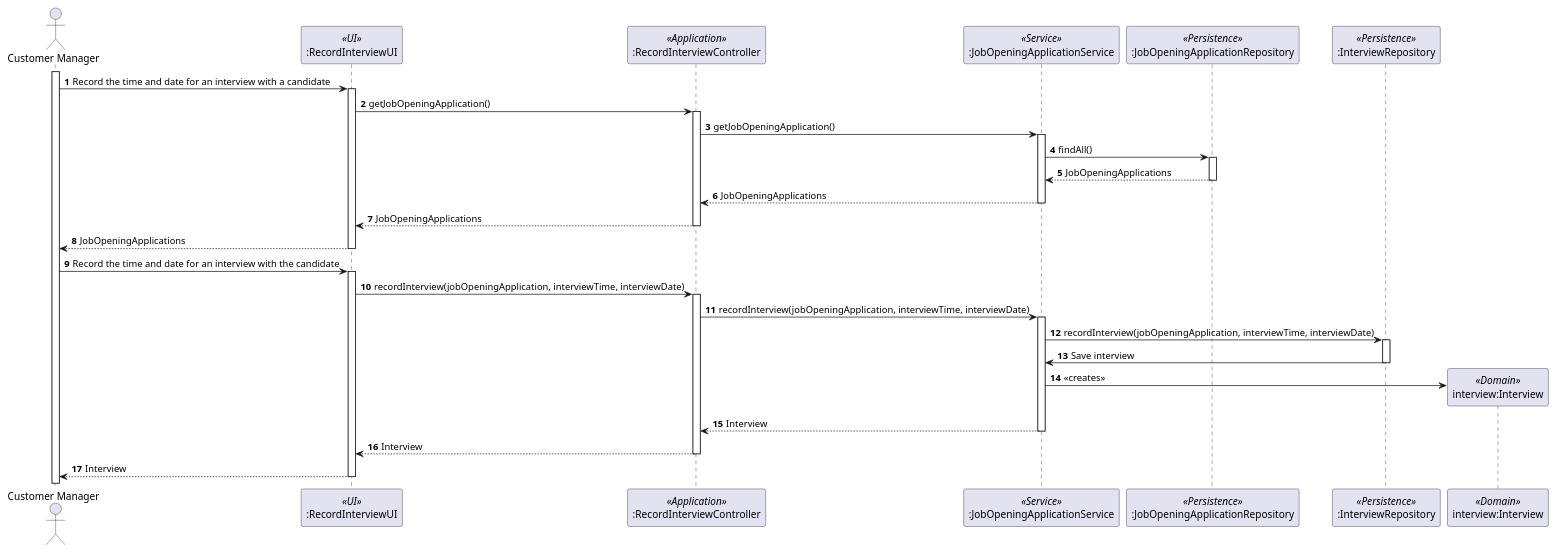
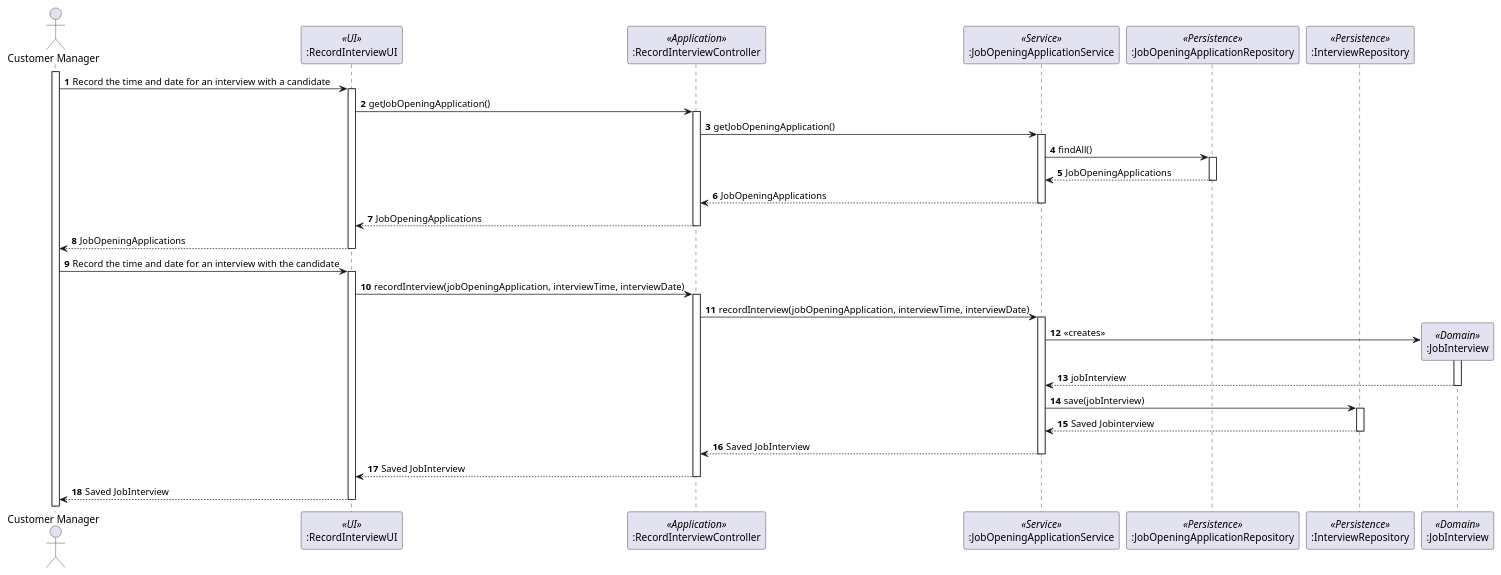
Before and after one commit to marcoferreira37/Lapr4: the diagram in docs/sprintC/1014/puml/1014-sequence-diagram.puml, drawn with PlantUML.

Commit message:
#39 update sequence diagram (in Service with Job Interview)

```diff
--- a/docs/sprintC/1014/puml/1014-sequence-diagram.puml
+++ b/docs/sprintC/1014/puml/1014-sequence-diagram.puml
@@ -1,93 +1,99 @@
 @startuml
 
 actor "Customer Manager" as Agent
 participant ":RecordInterviewUI" as ui <<UI>>
 participant ":RecordInterviewController" as ctrl <<Application>>
 participant ":JobOpeningApplicationService" as jobApServ <<Service>>
 participant ":JobOpeningApplicationRepository" as jobRepo <<Persistence>>
 'participant ":ApplicationService" as appServ <<Service>>
 participant ":InterviewRepository" as intRepo <<Persistence>>
 'participant "app:JobOpeningApplication" as app <<Domain>>
-participant "interview:Interview" as interview <<Domain>>
+participant ":JobInterview" as interview <<Domain>>
 
 
 autonumber
 
 activate Agent
 
 Agent -> ui: Record the time and date for an interview with a candidate
 activate ui
 
 ui -> ctrl: getJobOpeningApplication()
 
 
 
 activate ctrl
 
 ctrl -> jobApServ: getJobOpeningApplication()
 
 activate jobApServ
 
 jobApServ -> jobRepo: findAll()
 activate jobRepo
 
 jobRepo --> jobApServ: JobOpeningApplications
 
 deactivate jobRepo
 
 
 jobApServ --> ctrl: JobOpeningApplications
 deactivate jobApServ
 
 
 ctrl --> ui: JobOpeningApplications
 deactivate ctrl
 
 
 ui --> Agent: JobOpeningApplications
 deactivate ui
 
 
 
 Agent -> ui: Record the time and date for an interview with the candidate
 activate ui
 
 ui -> ctrl: recordInterview(jobOpeningApplication, interviewTime, interviewDate)
 
 activate ctrl
 
 ctrl -> jobApServ: recordInterview(jobOpeningApplication, interviewTime, interviewDate)
 
 activate jobApServ
+jobApServ -> interview** : «creates»
+activate interview
 
-jobApServ -> intRepo: recordInterview(jobOpeningApplication, interviewTime, interviewDate)
+interview --> jobApServ: jobInterview
+
+deactivate interview
+
+jobApServ -> intRepo: save(jobInterview)
 
 activate intRepo
 
-intRepo -> jobApServ: Save interview
+intRepo --> jobApServ: Saved Jobinterview
 deactivate intRepo
 
 
-jobApServ -> interview** : «creates»
+
 
 
 deactivate intRepo
 
 
-jobApServ --> ctrl: Interview
+jobApServ --> ctrl: Saved JobInterview
 deactivate jobApServ
 
 
-ctrl --> ui: Interview
+ctrl --> ui: Saved JobInterview
 deactivate ctrl
 
-ui --> Agent: Interview
+ui --> Agent: Saved JobInterview
 
 deactivate ui
 
 
 
 
 
 
 @enduml
```
